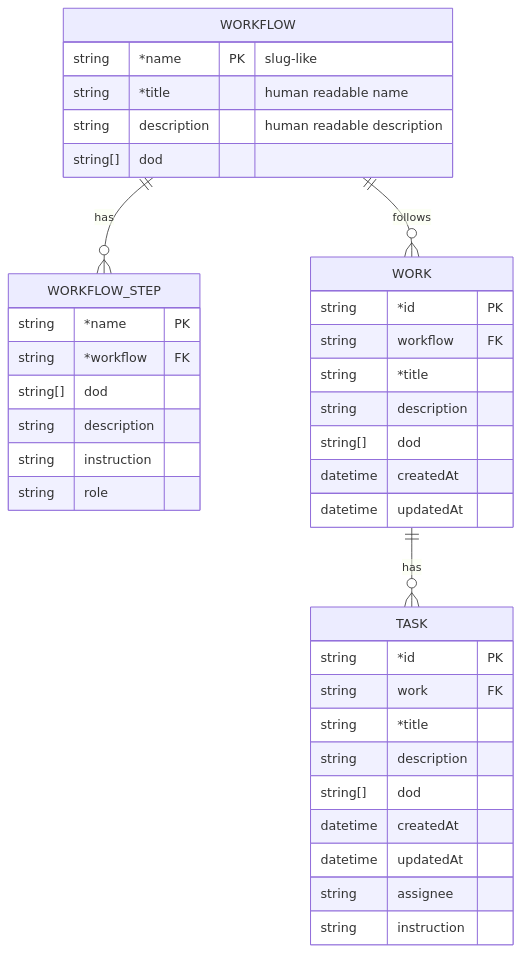
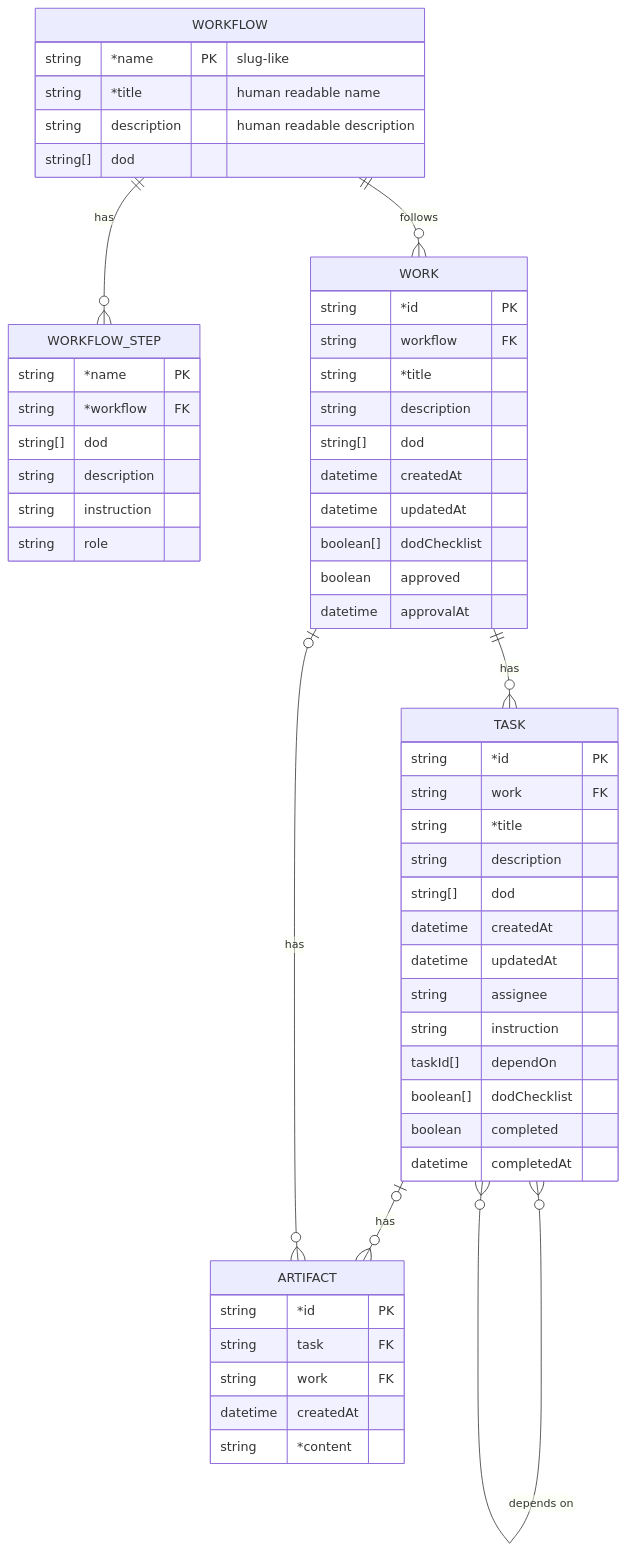
Before and after one commit to longlh/superteam: the diagram in docs/data-struct.md, drawn with Mermaid. The commit also changed other lines of this file, not shown here.

First line of the commit message:
Add artifact, dependencies and derived status to data-struct

````diff
--- a/docs/data-struct.md
+++ b/docs/data-struct.md
@@ -5,44 +5,62 @@
 ```mermaid
 erDiagram
     WORKFLOW {
         string *name PK "slug-like"
         string *title "human readable name"
         string description "human readable description"
         string[] dod
     }
 
     WORKFLOW_STEP {
         string *name PK
         string *workflow FK
         string[] dod
         string description
         string instruction
         string role
     }
 
     WORK {
         string *id PK
         string workflow FK
         string *title
         string description
         string[] dod
         datetime createdAt
         datetime updatedAt
+        boolean[] dodChecklist
+        boolean approved
+        datetime approvalAt
     }
 
     TASK {
         string *id PK
         string work FK
         string *title
         string description
         string[] dod
         datetime createdAt
         datetime updatedAt
         string assignee
         string instruction
+        taskId[] dependOn
+        boolean[] dodChecklist
+        boolean completed
+        datetime completedAt
+    }
+
+    ARTIFACT {
+        string *id PK
+        string task FK
+        string work FK
+        datetime createdAt
+        string *content
     }
 
     WORKFLOW ||--o{ WORKFLOW_STEP : has
     WORKFLOW ||--o{ WORK : follows
     WORK ||--o{ TASK : has
+    TASK }o--o{ TASK : "depends on"
+    TASK |o--o{ ARTIFACT : has
+    WORK |o--o{ ARTIFACT : has
 ```
````
